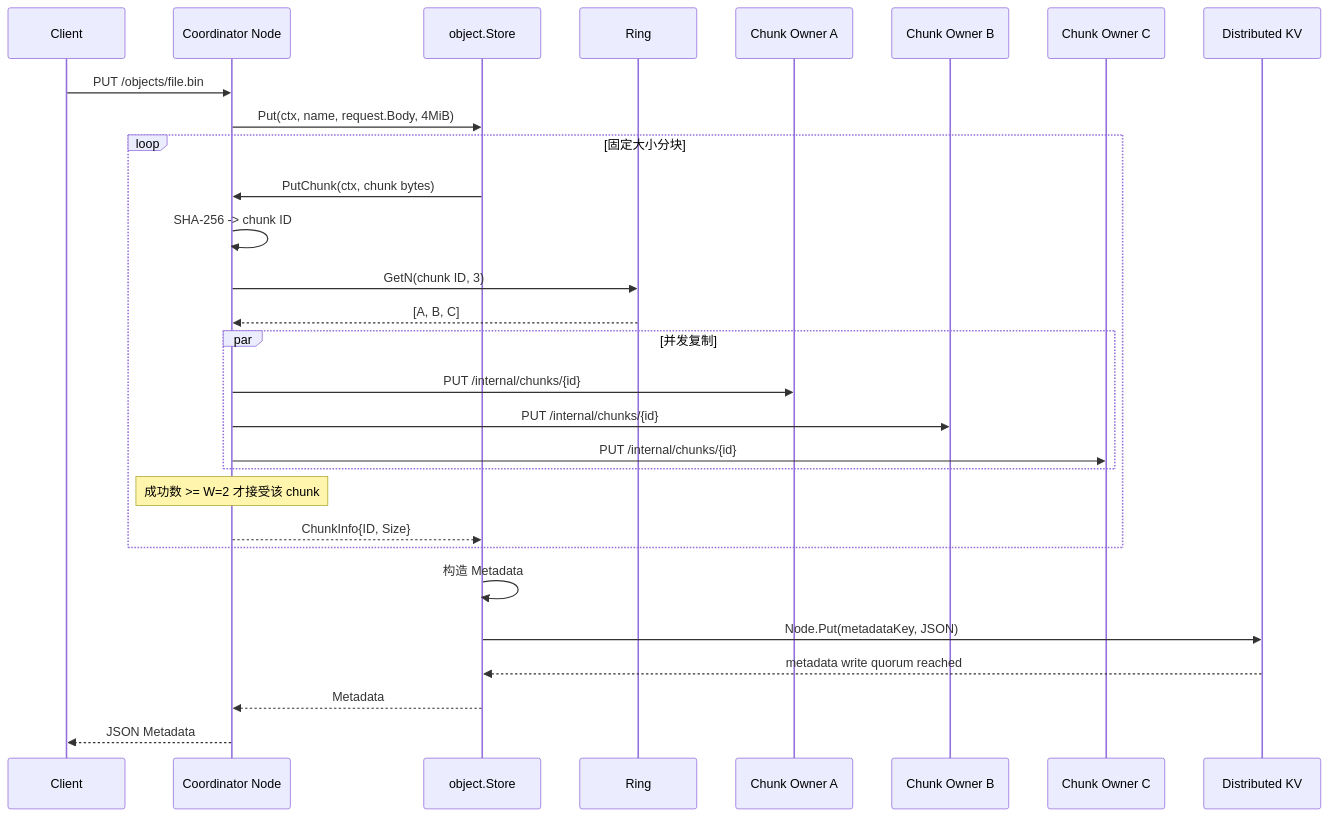
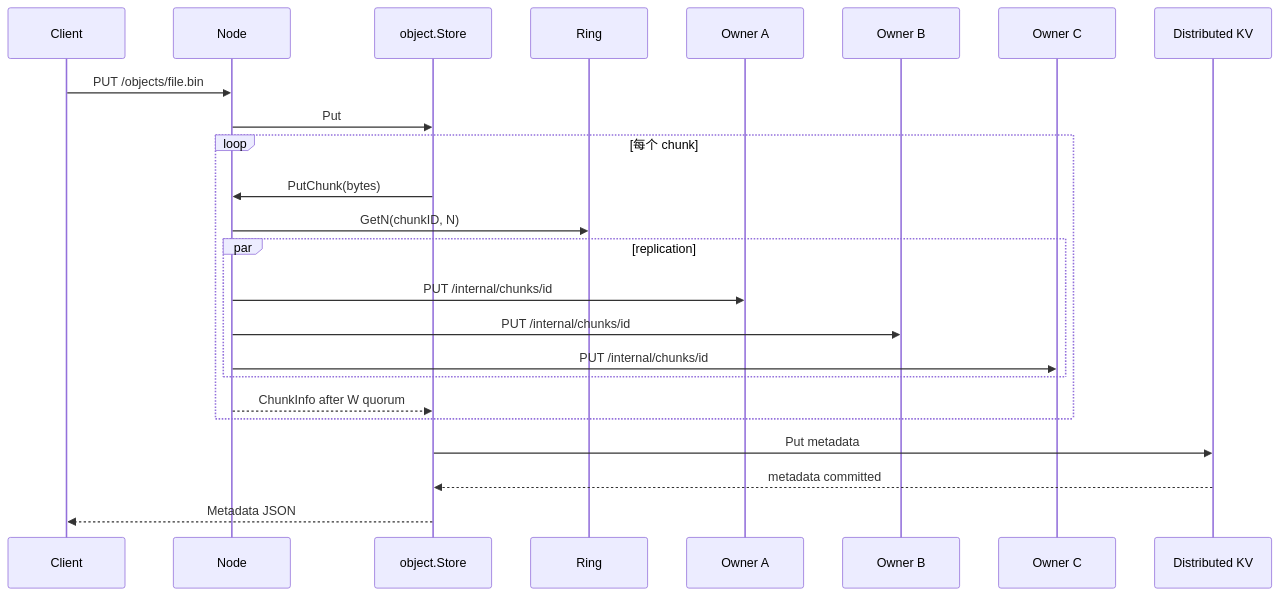
Before and after one commit to huanzichen00/minidist: the fifth of 5 diagrams in ARCHITECTURE.md, drawn with Mermaid. The commit also changed other lines of this file and 1 other file, not shown here.

````diff
--- a/ARCHITECTURE.md
+++ b/ARCHITECTURE.md
@@ -351,34 +394,31 @@
-```mermaid
+~~~mermaid
 sequenceDiagram
     participant C as Client
-    participant N as Coordinator Node
+    participant N as Node
     participant O as object.Store
     participant R as Ring
-    participant A as Chunk Owner A
-    participant B as Chunk Owner B
-    participant D as Chunk Owner C
+    participant A as Owner A
+    participant B as Owner B
+    participant D as Owner C
     participant KV as Distributed KV
 
     C->>N: PUT /objects/file.bin
-    N->>O: Put(ctx, name, request.Body, 4MiB)
+    N->>O: Put
 
-    loop 固定大小分块
-        O->>N: PutChunk(ctx, chunk bytes)
-        N->>N: SHA-256 -> chunk ID
-        N->>R: GetN(chunk ID, 3)
-        R-->>N: [A, B, C]
-        par 并发复制
-            N->>A: PUT /internal/chunks/{id}
-            N->>B: PUT /internal/chunks/{id}
-            N->>D: PUT /internal/chunks/{id}
+    loop 每个 chunk
+        O->>N: PutChunk(bytes)
+        N->>R: GetN(chunkID, N)
+
+        par replication
+            N->>A: PUT /internal/chunks/id
+            N->>B: PUT /internal/chunks/id
+            N->>D: PUT /internal/chunks/id
         end
-        Note over N: 成功数 >= W=2 才接受该 chunk
-        N-->>O: ChunkInfo{ID, Size}
+
+        N-->>O: ChunkInfo after W quorum
     end
 
-    O->>O: 构造 Metadata
-    O->>KV: Node.Put(metadataKey, JSON)
-    KV-->>O: metadata write quorum reached
-    O-->>N: Metadata
-    N-->>C: JSON Metadata
-```
+    O->>KV: Put metadata
+    KV-->>O: metadata committed
+    O-->>C: Metadata JSON
+~~~
````
